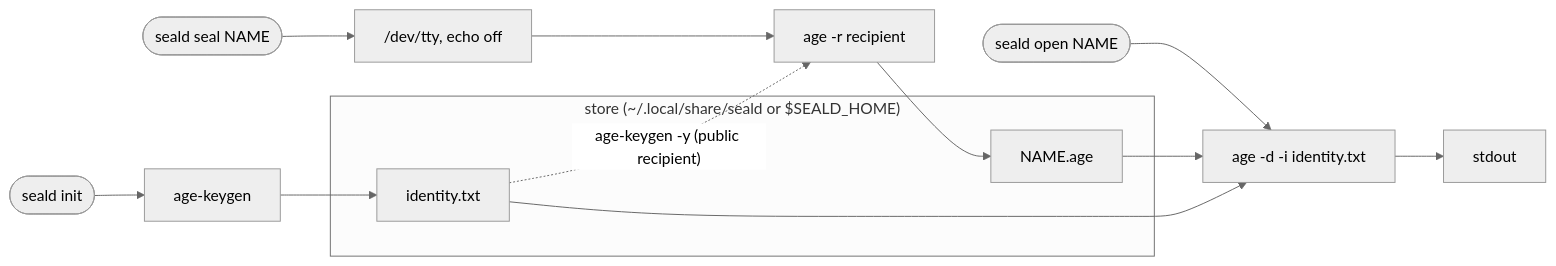
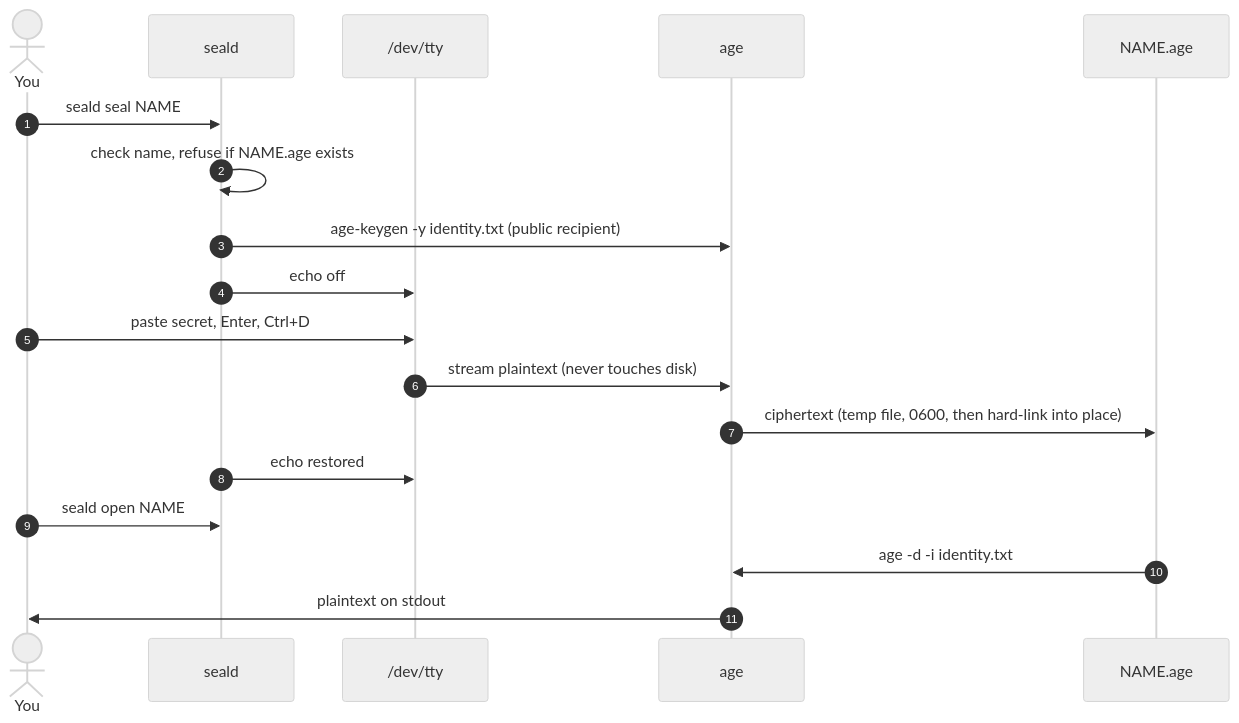
The diagram in README.md (adammamaril/seald), drawn with Mermaid (neutral theme) before and after one commit. The commit also changed other lines of this file, not shown here.

Commit message:
docs: give the two diagrams distinct roles (on-disk layout vs seal/open sequence)

````diff
--- a/README.md
+++ b/README.md
@@ -49,14 +47,20 @@
 ```mermaid
-flowchart LR
-  subgraph store["store (~/.local/share/seald or $SEALD_HOME)"]
-    ID[identity.txt]
-    S[NAME.age]
-  end
-  init([seald init]) --> KG[age-keygen] --> ID
-  seal([seald seal NAME]) --> TTY["/dev/tty, echo off"] --> ENC["age -r recipient"] --> S
-  ID -. "age-keygen -y (public recipient)" .-> ENC
-  open([seald open NAME]) --> DEC["age -d -i identity.txt"]
-  S --> DEC
-  ID --> DEC
-  DEC --> OUT[stdout]
+sequenceDiagram
+  autonumber
+  actor You
+  participant S as seald
+  participant T as /dev/tty
+  participant A as age
+  participant F as NAME.age
+  You->>S: seald seal NAME
+  S->>S: check name, refuse if NAME.age exists
+  S->>A: age-keygen -y identity.txt (public recipient)
+  S->>T: echo off
+  You->>T: paste secret, Enter, Ctrl+D
+  T->>A: stream plaintext (never touches disk)
+  A->>F: ciphertext (temp file, 0600, then hard-link into place)
+  S->>T: echo restored
+  You->>S: seald open NAME
+  F->>A: age -d -i identity.txt
+  A->>You: plaintext on stdout
 ```
````
